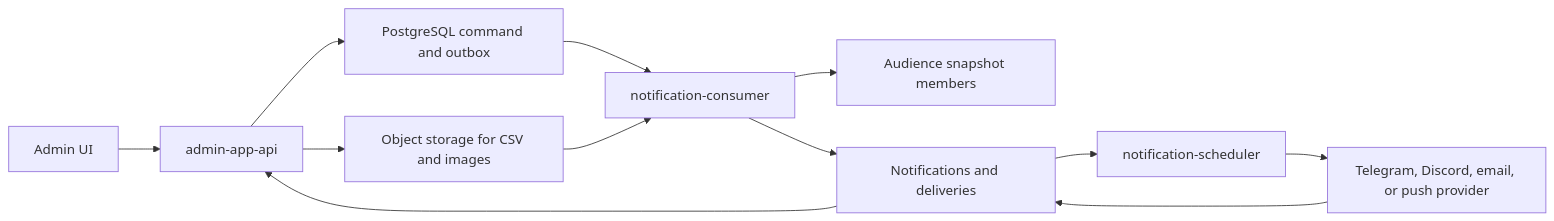
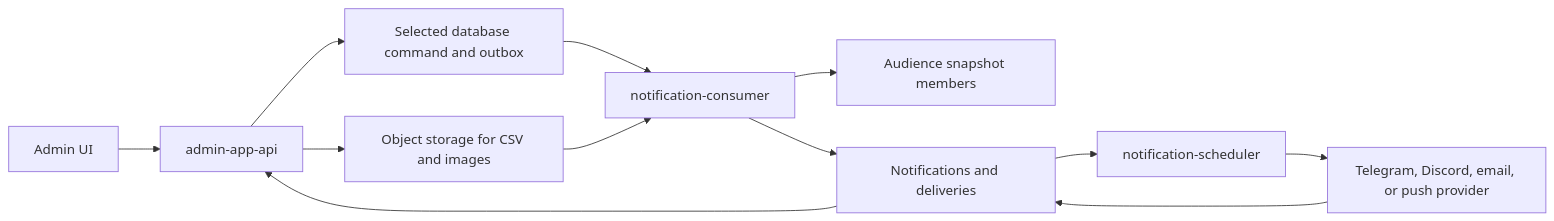
The second of 2 diagrams in docs/admin-notification-broadcasts-spec.md (nmime/dehqonhub), drawn with Mermaid before and after one commit. The commit also changed other lines of this file and 726 other files, not shown here.

````diff
--- a/docs/admin-notification-broadcasts-spec.md
+++ b/docs/admin-notification-broadcasts-spec.md
@@ -398,14 +399,14 @@
 ```mermaid
 flowchart LR
     Admin["Admin UI"] --> API["admin-app-api"]
-    API --> DB["PostgreSQL command and outbox"]
+    API --> DB["Selected database command and outbox"]
     API --> ObjectStore["Object storage for CSV and images"]
     DB --> Consumer["notification-consumer"]
     ObjectStore --> Consumer
     Consumer --> Snapshot["Audience snapshot members"]
     Consumer --> Queue["Notifications and deliveries"]
     Queue --> Scheduler["notification-scheduler"]
     Scheduler --> Provider["Telegram, Discord, email, or push provider"]
     Provider --> Queue
     Queue --> API
 ```
````
